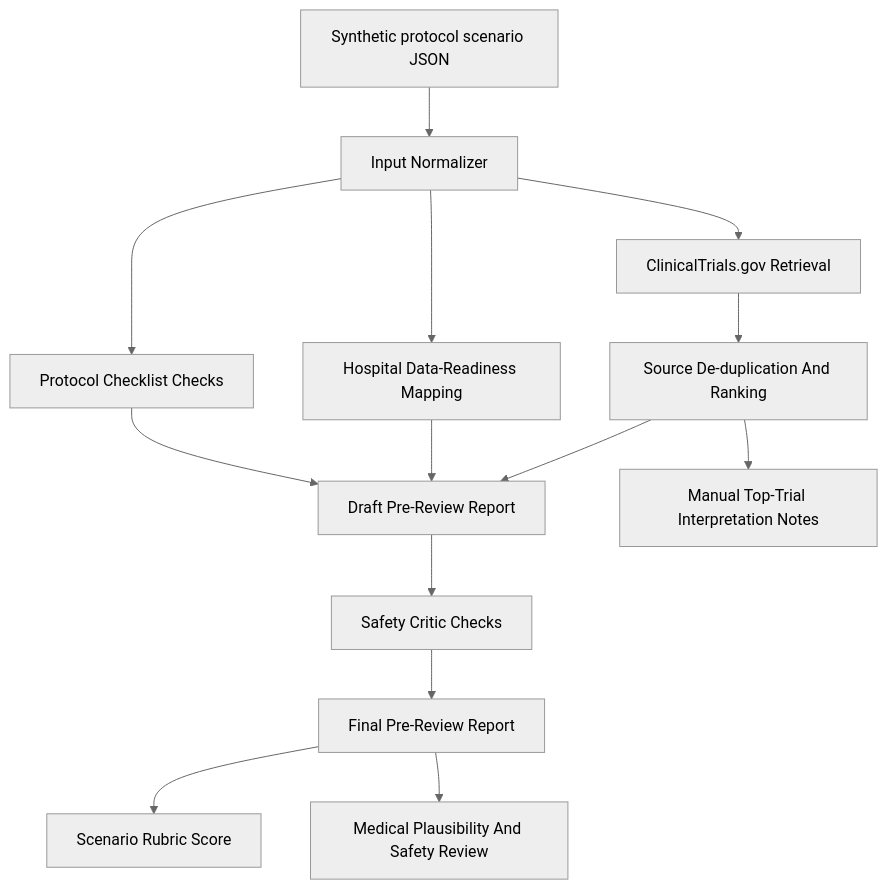
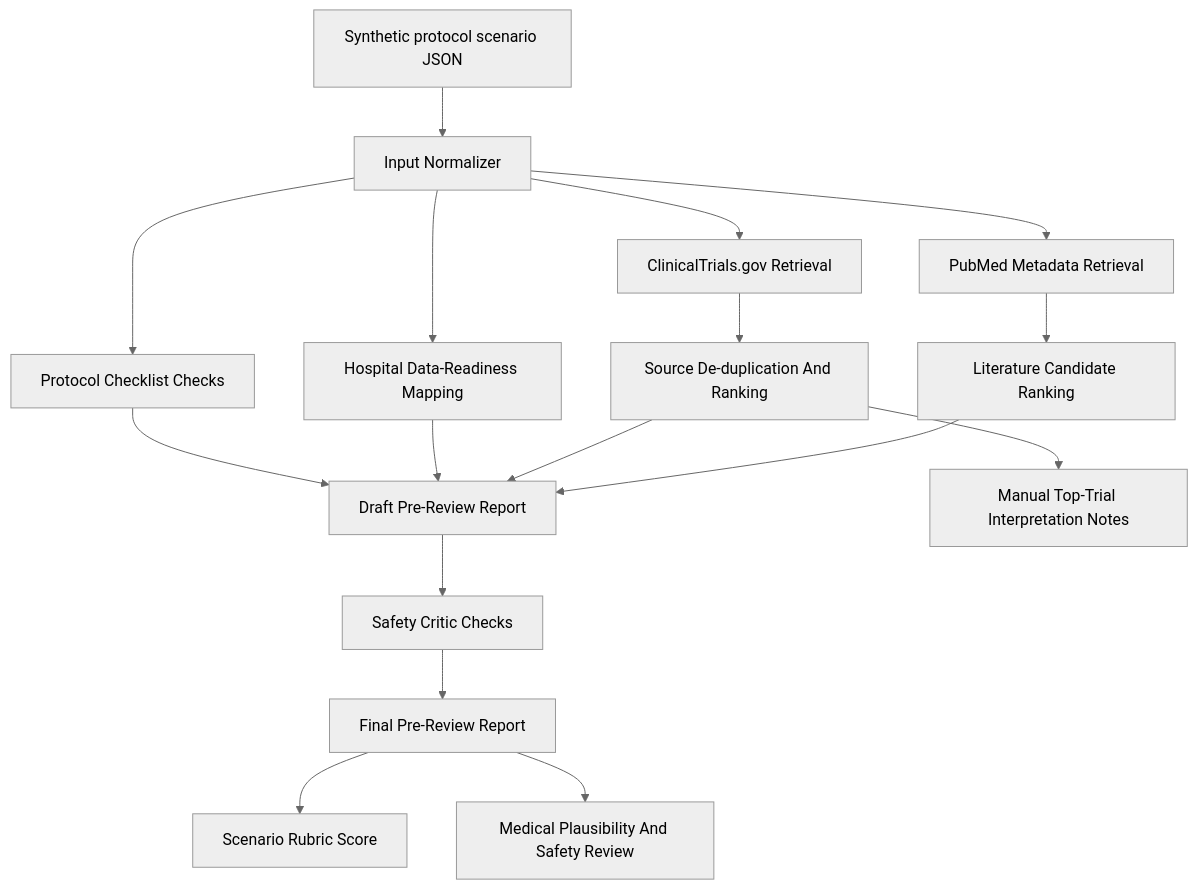
The diagram in README.md (MoriochoRadio/jump-ai-clinical-agent), drawn with Mermaid (neutral theme) before and after one commit. The commit also changed other lines of this file and 11 other files, not shown here.

Commit message:
Add PubMed literature candidate retrieval

````diff
--- a/README.md
+++ b/README.md
@@ -74,16 +74,19 @@
 ```mermaid
 flowchart TD
     A["Synthetic protocol scenario JSON"] --> B["Input Normalizer"]
     B --> C["Protocol Checklist Checks"]
     B --> D["ClinicalTrials.gov Retrieval"]
+    B --> M["PubMed Metadata Retrieval"]
     B --> E["Hospital Data-Readiness Mapping"]
     D --> F["Source De-duplication And Ranking"]
+    M --> N["Literature Candidate Ranking"]
     C --> G["Draft Pre-Review Report"]
     E --> G
     F --> G
+    N --> G
     G --> H["Safety Critic Checks"]
     H --> I["Final Pre-Review Report"]
     I --> J["Scenario Rubric Score"]
     F --> K["Manual Top-Trial Interpretation Notes"]
     I --> L["Medical Plausibility And Safety Review"]
 ```
````
